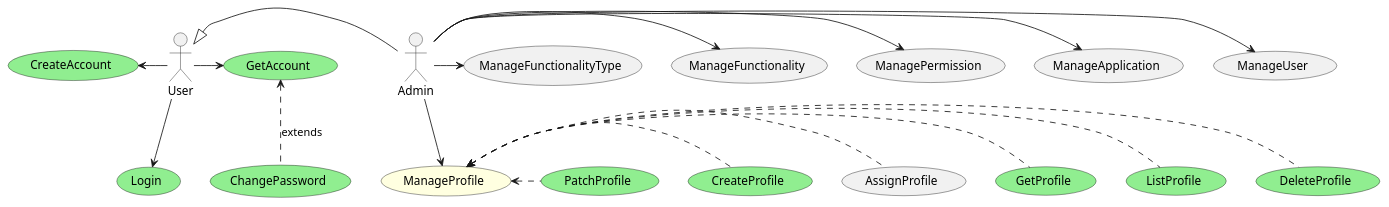
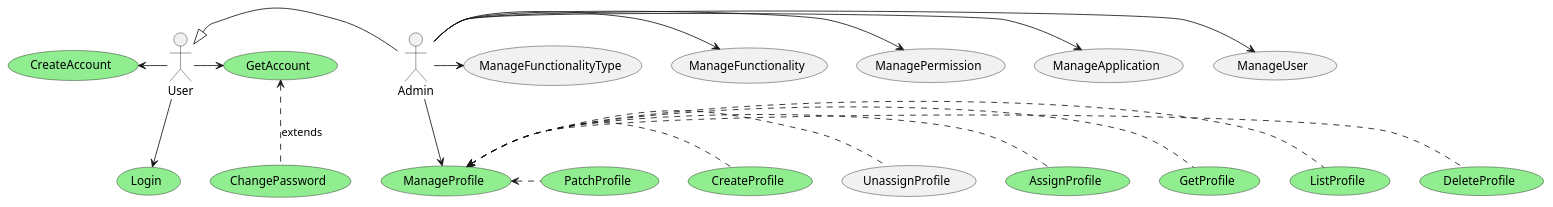
One commit to zehgreven/nutri-be-ddd-ca changed the diagram in documentation/UseCase.iam.puml. Above: the diagram before and after it, drawn with PlantUML. The commit also changed 11 other files, not shown here.

Commit message:
Created AssignProfile

```diff
--- a/documentation/UseCase.iam.puml
+++ b/documentation/UseCase.iam.puml
@@ -1,38 +1,40 @@
 @startuml Use Case
 
 actor User
 actor Admin
 
 usecase CreateAccount #LightGreen
 usecase Login #LightGreen
 usecase GetAccount #LightGreen
 usecase ChangePassword #LightGreen
 usecase CreateProfile #LightGreen
 usecase GetProfile #LightGreen
 usecase PatchProfile #LightGreen
 usecase ListProfile #LightGreen
 usecase DeleteProfile #LightGreen
-usecase ManageProfile #LightYellow
+usecase AssignProfile #LightGreen
+usecase ManageProfile #LightGreen
 
 User <|-r- Admin
 
 User -l-> (CreateAccount) 
 User -r-> (GetAccount)
 (GetAccount) <.d. (ChangePassword) : extends
 User -d-> (Login)
 
 Admin --> (ManageProfile) 
 (ManageProfile) <.r. (AssignProfile) 
+(ManageProfile) <.r. (UnassignProfile) 
 (ManageProfile) <.r. (CreateProfile) 
 (ManageProfile) <.r. (PatchProfile) 
 (ManageProfile) <.r. (DeleteProfile) 
 (ManageProfile) <.r. (ListProfile) 
 (ManageProfile) <.r. (GetProfile) 
 
 Admin -r-> (ManageUser) 
 Admin -r-> (ManageApplication) 
 Admin -r-> (ManagePermission) 
 Admin -r-> (ManageFunctionality) 
 Admin -r-> (ManageFunctionalityType) 
 
 @enduml
```
